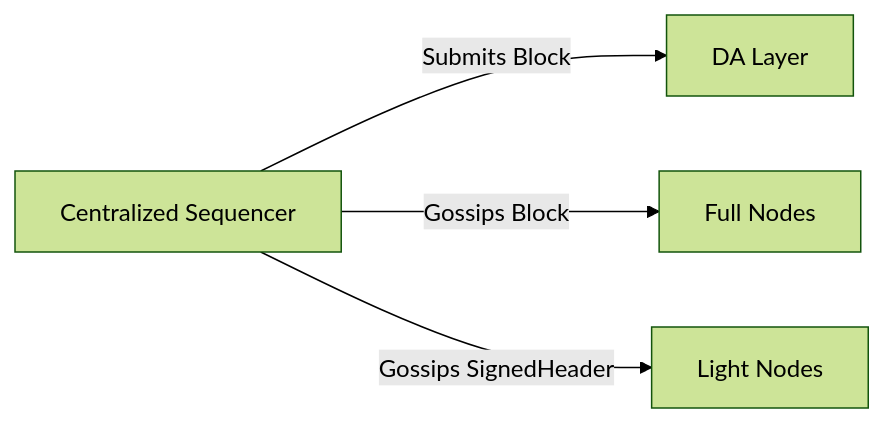
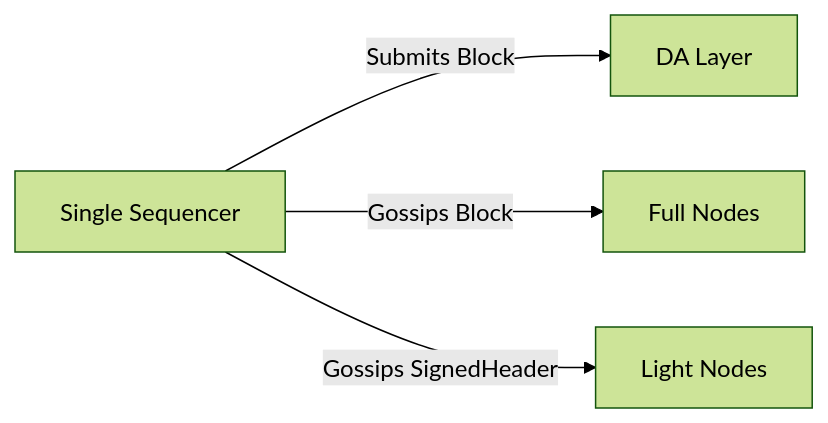
Before and after one commit to rollkit/rollkit: the fourth of 8 diagrams in specs/lazy-adr/adr-014-header-and-data-separation.md, drawn with Mermaid (forest theme). The commit also changed other lines of this file and 15 other files, not shown here.

````diff
--- a/specs/lazy-adr/adr-014-header-and-data-separation.md
+++ b/specs/lazy-adr/adr-014-header-and-data-separation.md
@@ -126,9 +126,9 @@
 ```mermaid
 flowchart LR
 
-    CS1[Centralized Sequencer] -->|Submits Block| DA1[DA Layer]
+    CS1[Single Sequencer] -->|Submits Block| DA1[DA Layer]
     CS1 -->|Gossips Block| FN1[Full Nodes]
     CS1 -->|Gossips SignedHeader| LN1[Light Nodes]
 
     class CS1,DA1,FN1,LN1 node
 ```
````
